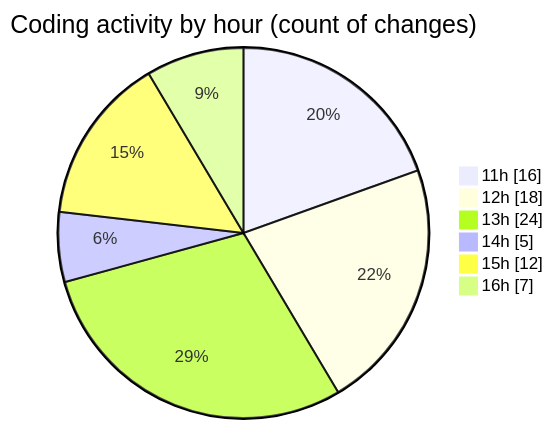
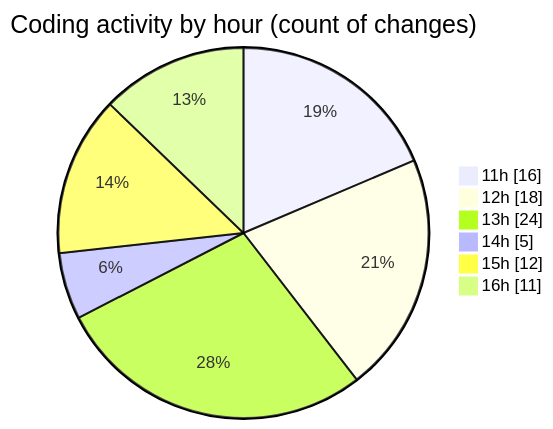
Before and after one commit to nxtqubesakshisongat/code-tracking: the second of 2 diagrams in 2025-10-01/nxtqube_webapp/README.md, drawn with Mermaid. The commit also changed other lines of this file and 1 other file, not shown here.

````diff
--- a/2025-10-01/nxtqube_webapp/README.md
+++ b/2025-10-01/nxtqube_webapp/README.md
@@ -34,10 +34,10 @@
 ```mermaid
 pie showData
 title Coding activity by hour (count of changes)
 "11h" : 16
 "12h" : 18
 "13h" : 24
 "14h" : 5
 "15h" : 12
-"16h" : 7
+"16h" : 11
 ```
````
